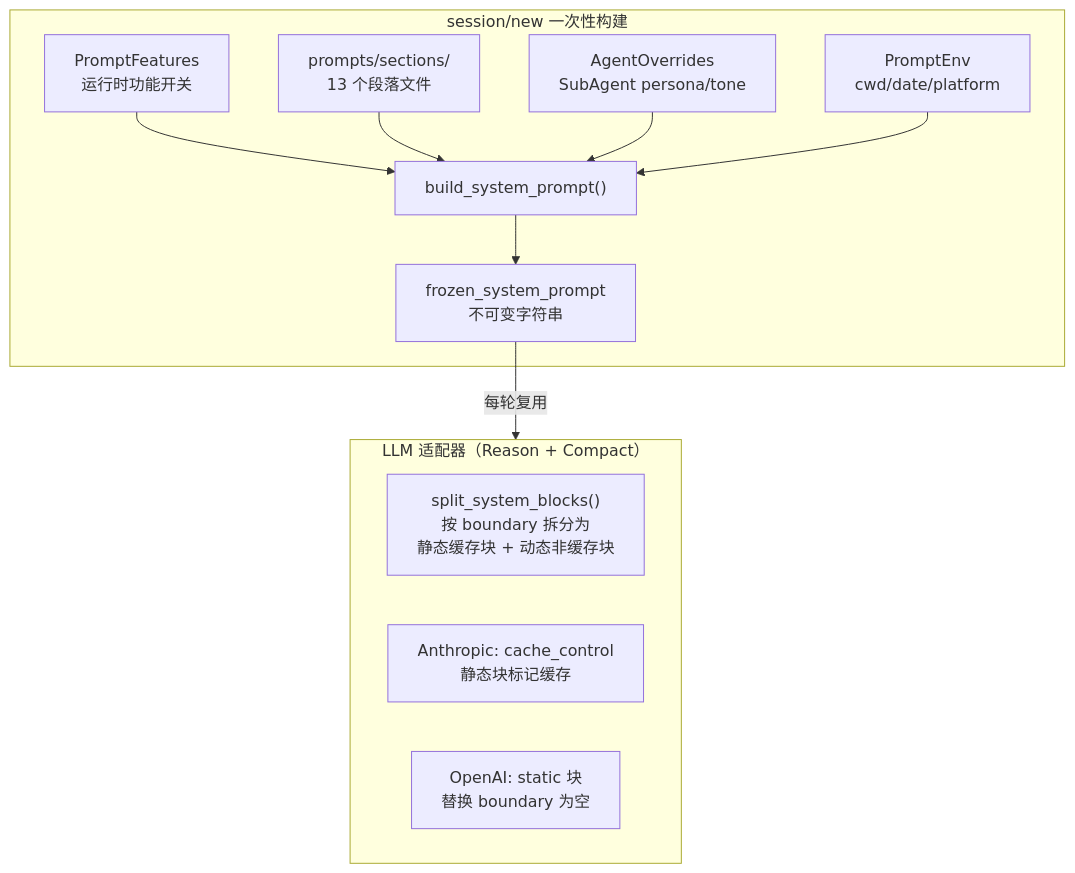
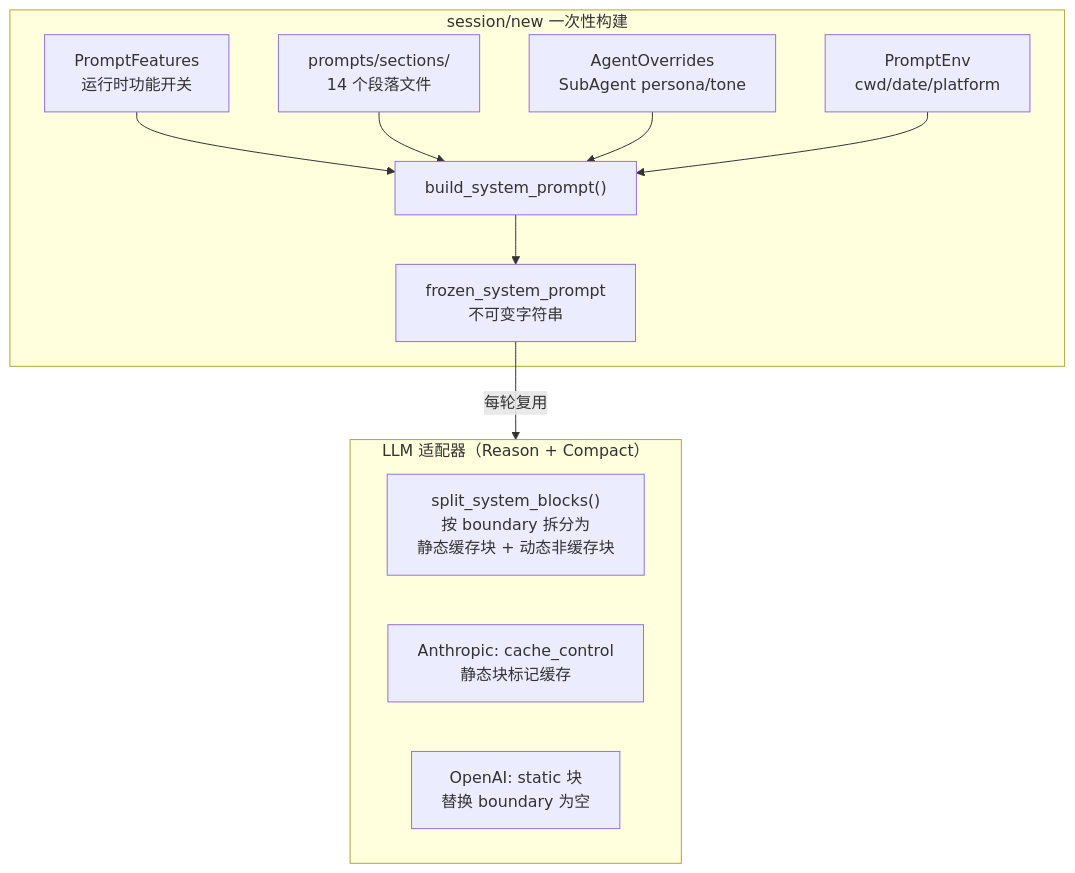
The diagram in docs/design/peri-agent-system-prompt-v2.md (KonghaYao/peri), drawn with Mermaid before and after one commit. The commit also changed other lines of this file and 22 other files, not shown here.

````diff
--- a/docs/design/peri-agent-system-prompt-v2.md
+++ b/docs/design/peri-agent-system-prompt-v2.md
@@ -17,23 +17,23 @@
 ```mermaid
 graph TB
     subgraph SESSION_NEW["session/new 一次性构建"]
         FEATURES["PromptFeatures<br/>运行时功能开关"]
-        SECTIONS["prompts/sections/<br/>13 个段落文件"]
+        SECTIONS["prompts/sections/<br/>14 个段落文件"]
         OVERRIDES["AgentOverrides<br/>SubAgent persona/tone"]
         ENV["PromptEnv<br/>cwd/date/platform"]
 
         FEATURES --> BUILD
         SECTIONS --> BUILD
         OVERRIDES --> BUILD
         ENV --> BUILD
         BUILD["build_system_prompt()"] --> FROZEN["frozen_system_prompt<br/>不可变字符串"]
     end
 
     FROZEN -->|"每轮复用"| LLM
 
     subgraph LLM["LLM 适配器（Reason + Compact）"]
         CONSUME["split_system_blocks()<br/>按 boundary 拆分为<br/>静态缓存块 + 动态非缓存块"]
         CACHE["Anthropic: cache_control<br/>静态块标记缓存"]
         OPENAI["OpenAI: static 块<br/>替换 boundary 为空"]
     end
 ```
````
